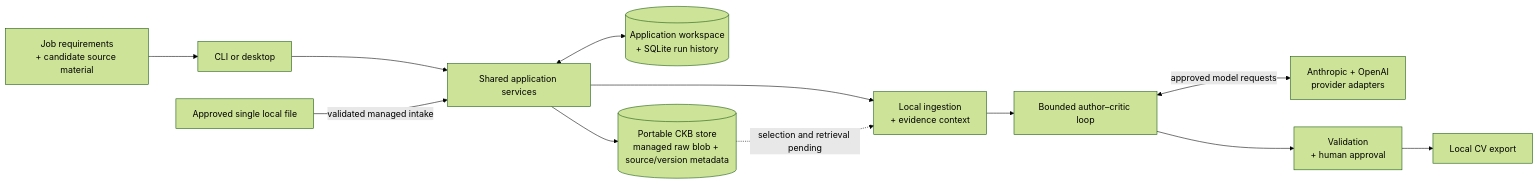
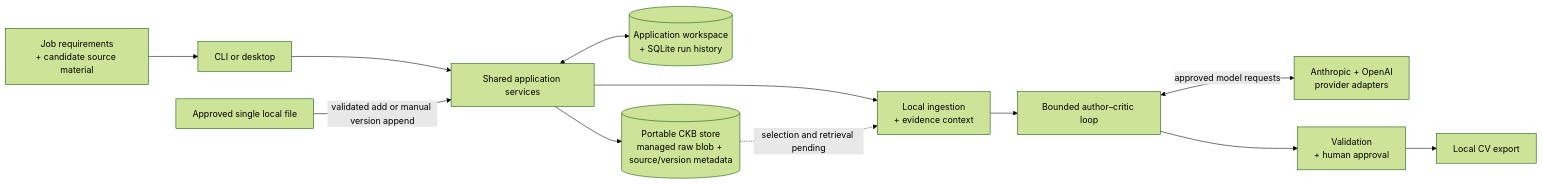
Before and after one commit to akoita/draft-loop: the diagram in README.md, drawn with Mermaid (forest theme). The commit also changed other lines of this file and 7 other files, not shown here.

Commit message:
feat(knowledge): append managed file versions

````diff
--- a/README.md
+++ b/README.md
@@ -89,22 +95,22 @@
 ```mermaid
 flowchart LR
     Inputs["Job requirements<br/>+ candidate source material"]
     Adapters["CLI or desktop"]
     Application["Shared application services"]
     Context["Local ingestion<br/>+ evidence context"]
     Loop["Bounded author–critic loop"]
     Models["Anthropic + OpenAI<br/>provider adapters"]
     Review["Validation<br/>+ human approval"]
     Export["Local CV export"]
     WorkspaceStore[("Application workspace<br/>+ SQLite run history")]
     ApprovedFile["Approved single local file"]
     CKBStore[("Portable CKB store<br/>managed raw blob + source/version metadata")]
 
     Inputs --> Adapters --> Application
     Application --> Context --> Loop
     Loop <-->|"approved model requests"| Models
     Loop --> Review --> Export
     Application <--> WorkspaceStore
-    ApprovedFile -->|"validated managed intake"| Application --> CKBStore
+    ApprovedFile -->|"validated add or manual version append"| Application --> CKBStore
     CKBStore -.->|"selection and retrieval pending"| Context
 ```
````
